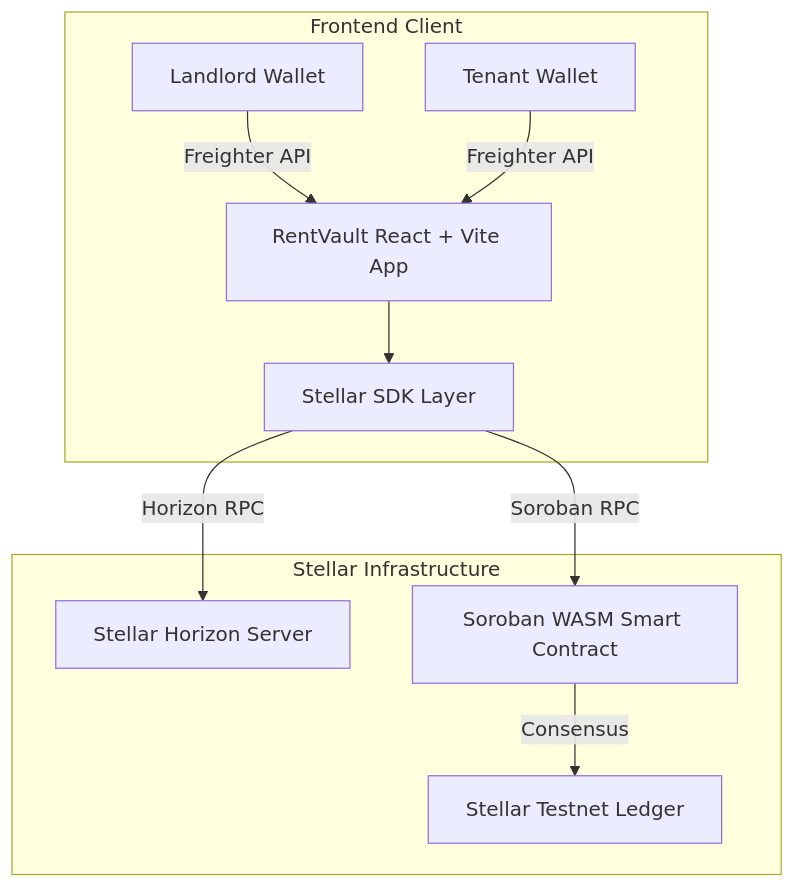
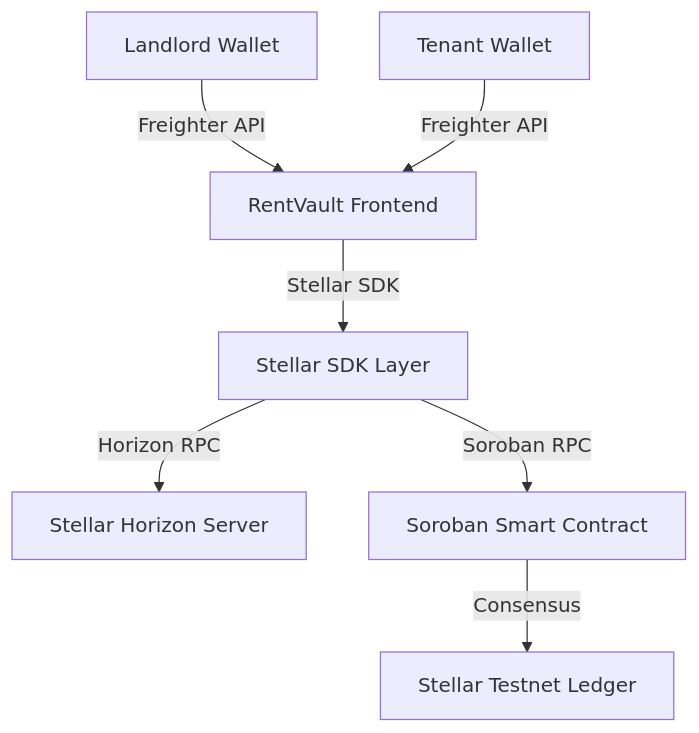
Before and after one commit to kamanasis/RentVault: the diagram in README.md, drawn with Mermaid. The commit also changed other lines of this file, not shown here.

Commit message:
docs: Add complete interconnected tree workflow diagram to README in requested exact section order

````diff
--- a/README.md
+++ b/README.md
@@ -128,14 +192,9 @@
 ```mermaid
 graph TD
-    subgraph Frontend Client
-        A[Landlord Wallet] -->|Freighter API| B[RentVault React + Vite App]
-        C[Tenant Wallet] -->|Freighter API| B
-        B --> D[Stellar SDK Layer]
-    end
-
-    subgraph Stellar Infrastructure
-        D -->|Horizon RPC| E[Stellar Horizon Server]
-        D -->|Soroban RPC| F[Soroban WASM Smart Contract]
-        F -->|Consensus| G[Stellar Testnet Ledger]
-    end
+    A[Landlord Wallet] -->|Freighter API| B[RentVault Frontend]
+    C[Tenant Wallet] -->|Freighter API| B
+    B -->|Stellar SDK| D[Stellar SDK Layer]
+    D -->|Horizon RPC| E[Stellar Horizon Server]
+    D -->|Soroban RPC| F[Soroban Smart Contract]
+    F -->|Consensus| G[Stellar Testnet Ledger]
 ```
````
